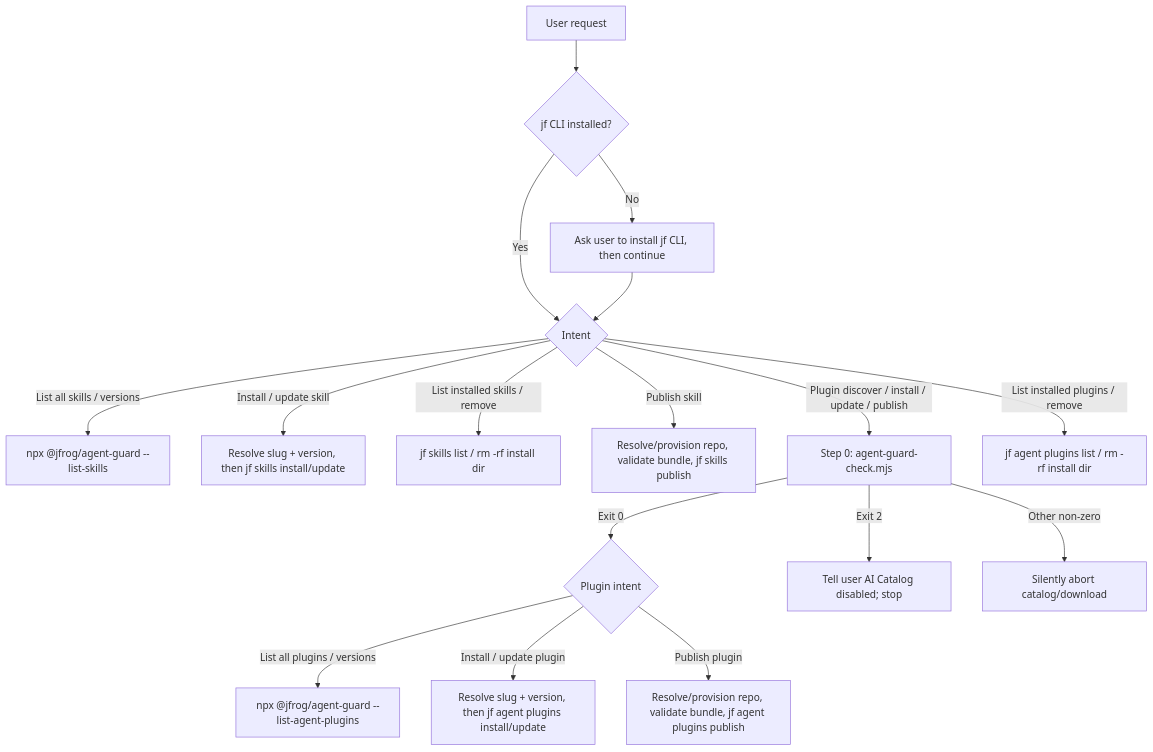
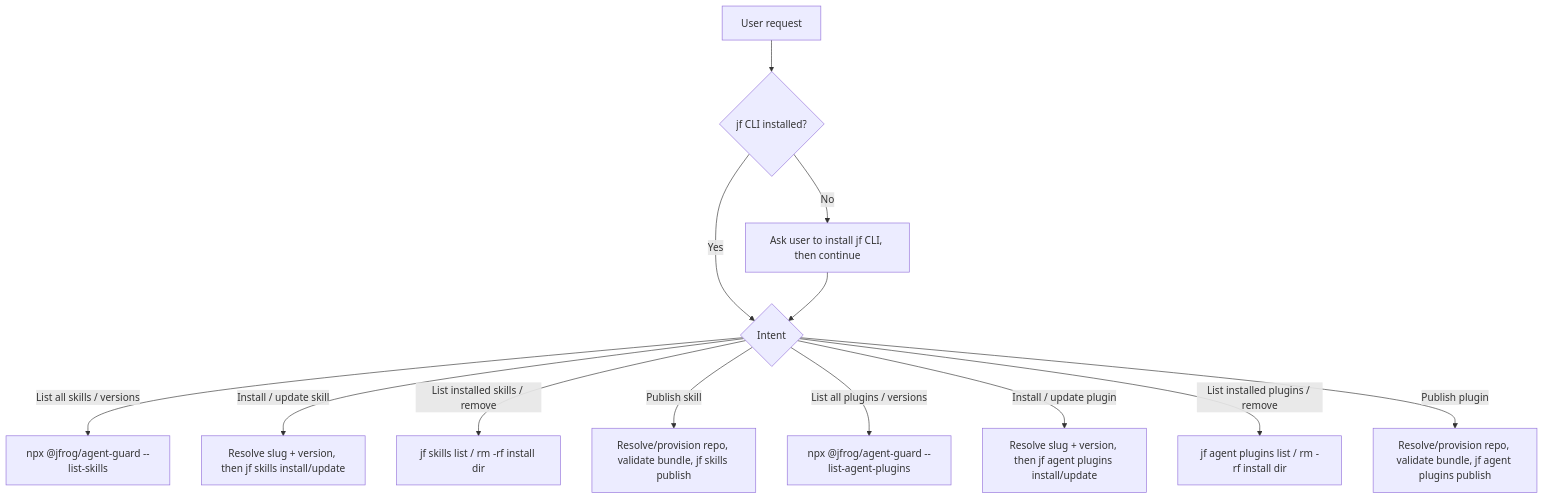
One commit to jfrog/claude-plugin changed the diagram in skills/jfrog-ai-catalog/SKILL.md. Above: the diagram before and after it, drawn with Mermaid. The commit also changed other lines of this file and 6 other files, not shown here.

````diff
--- a/skills/jfrog-ai-catalog/SKILL.md
+++ b/skills/jfrog-ai-catalog/SKILL.md
@@ -128,19 +90,15 @@
 ```mermaid
 flowchart TD
     A[User request] --> B{jf CLI installed?}
     B -->|No| C[Ask user to install jf CLI, then continue]
     B -->|Yes| D{Intent}
     C --> D
     D -->|List all skills / versions| E[npx @jfrog/agent-guard --list-skills]
     D -->|Install / update skill| F[Resolve slug + version, then jf skills install/update]
     D -->|List installed skills / remove| G[jf skills list / rm -rf install dir]
     D -->|Publish skill| H[Resolve/provision repo, validate bundle, jf skills publish]
-    D -->|Plugin discover / install / update / publish| S0[Step 0: agent-guard-check.mjs]
-    S0 -->|Exit 0| P{Plugin intent}
-    S0 -->|Exit 2| Stop[Tell user AI Catalog disabled; stop]
-    S0 -->|Other non-zero| Abort[Silently abort catalog/download]
-    P -->|List all plugins / versions| I[npx @jfrog/agent-guard --list-agent-plugins]
-    P -->|Install / update plugin| J[Resolve slug + version, then jf agent plugins install/update]
-    P -->|Publish plugin| L[Resolve/provision repo, validate bundle, jf agent plugins publish]
+    D -->|List all plugins / versions| I[npx @jfrog/agent-guard --list-agent-plugins]
+    D -->|Install / update plugin| J[Resolve slug + version, then jf agent plugins install/update]
     D -->|List installed plugins / remove| K[jf agent plugins list / rm -rf install dir]
+    D -->|Publish plugin| L[Resolve/provision repo, validate bundle, jf agent plugins publish]
 ```
````
